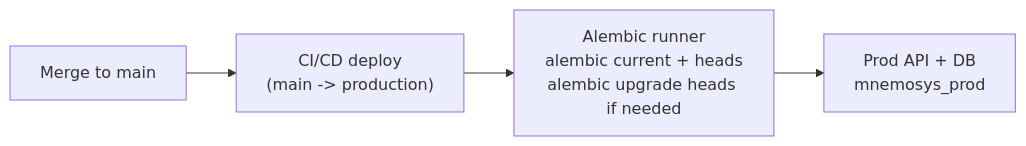
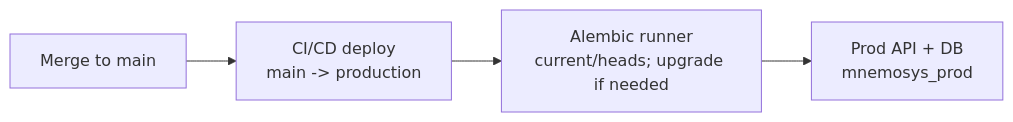
One commit to wphillipmoore/mnemosys-core changed the fourth of 4 diagrams in docs/diagrams/alembic-migration-workflow.md. Above: the diagram before and after it, drawn with Mermaid. The commit also changed other lines of this file, not shown here.

Commit message:
Shorten mermaid labels to avoid clipping

````diff
--- a/docs/diagrams/alembic-migration-workflow.md
+++ b/docs/diagrams/alembic-migration-workflow.md
@@ -43,8 +45,8 @@
 ```mermaid
 flowchart LR
   MAIN["Merge to main"]
-  PROD_PIPE["CI/CD deploy<br/>(main -> production)"]
-  PROD_GATE["Alembic runner<br/>alembic current + heads<br/>alembic upgrade heads if needed"]
+  PROD_PIPE["CI/CD deploy<br/>main -> production"]
+  PROD_GATE["Alembic runner<br/>current/heads; upgrade if needed"]
   PROD_APP["Prod API + DB<br/>mnemosys_prod"]
   MAIN --> PROD_PIPE --> PROD_GATE --> PROD_APP
 ```
````
